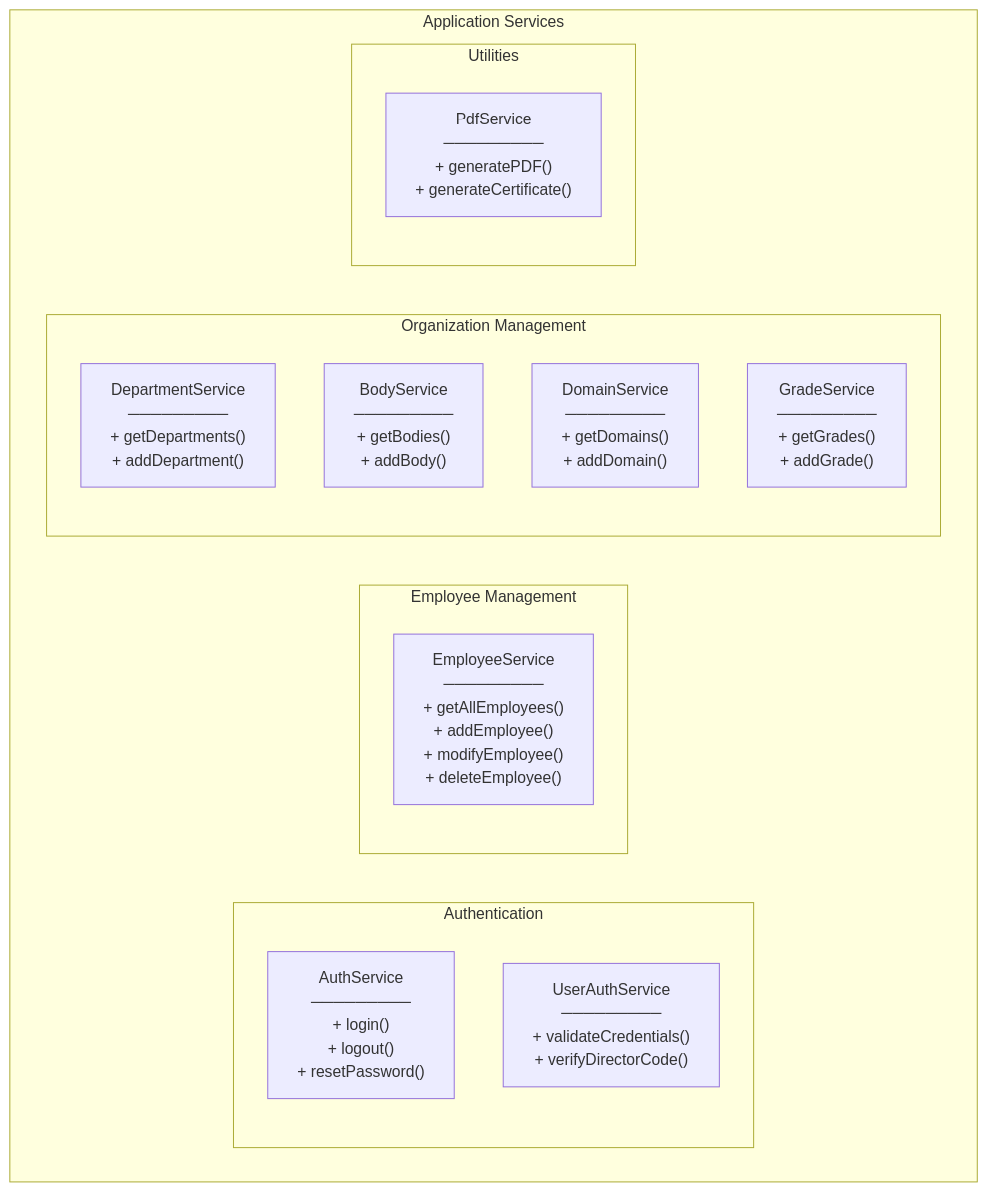
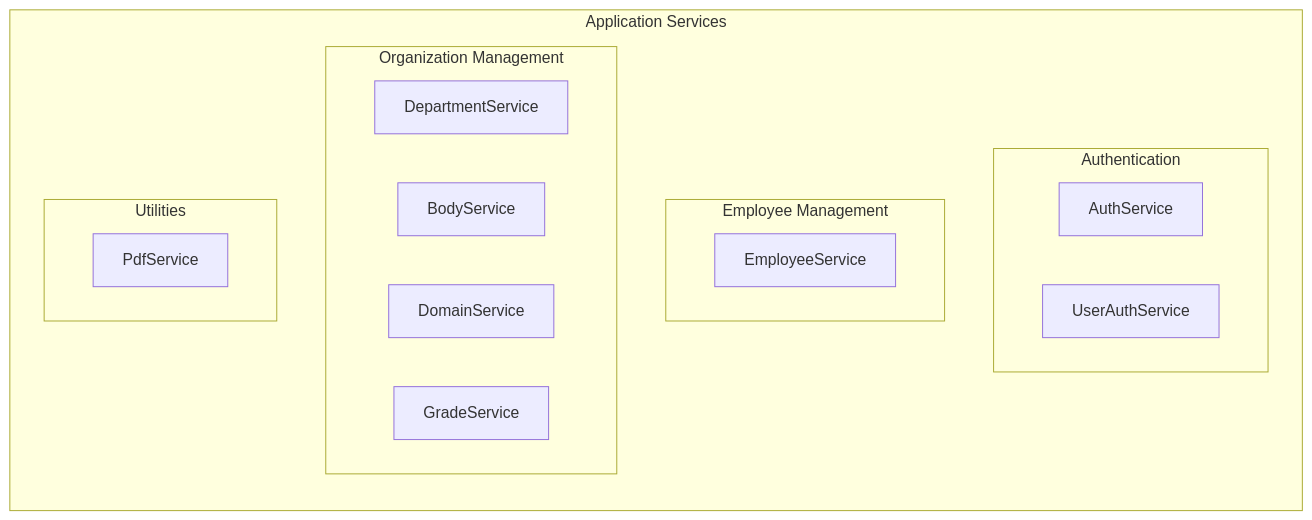
Before and after one commit to AmirtterK/human-resources-management: the fourth of 4 diagrams in diagrams/package.md, drawn with Mermaid. The commit also changed other lines of this file, not shown here.

````diff
--- a/diagrams/package.md
+++ b/diagrams/package.md
@@ -142,24 +119,24 @@
 ```mermaid
-graph TB
+graph LR
     subgraph AppServicesPkg["Application Services"]
         subgraph AuthPkg["Authentication"]
-            AuthSvc["AuthService<br/>─────────<br/>+ login()<br/>+ logout()<br/>+ resetPassword()"]
-            UserAuthSvc["UserAuthService<br/>─────────<br/>+ validateCredentials()<br/>+ verifyDirectorCode()"]
+            AuthSvc["AuthService"]
+            UserAuthSvc["UserAuthService"]
         end
         
         subgraph EmpMgmtPkg["Employee Management"]
-            EmpSvc["EmployeeService<br/>─────────<br/>+ getAllEmployees()<br/>+ addEmployee()<br/>+ modifyEmployee()<br/>+ deleteEmployee()"]
+            EmpSvc["EmployeeService"]
         end
         
         subgraph OrgMgmtPkg["Organization Management"]
-            DeptSvc["DepartmentService<br/>─────────<br/>+ getDepartments()<br/>+ addDepartment()"]
-            BodySvc["BodyService<br/>─────────<br/>+ getBodies()<br/>+ addBody()"]
-            DomSvc["DomainService<br/>─────────<br/>+ getDomains()<br/>+ addDomain()"]
-            GrdSvc["GradeService<br/>─────────<br/>+ getGrades()<br/>+ addGrade()"]
+            DeptSvc["DepartmentService"]
+            BodySvc["BodyService"]
+            DomSvc["DomainService"]
+            GrdSvc["GradeService"]
         end
         
         subgraph UtilPkg["Utilities"]
-            PdfSvc["PdfService<br/>─────────<br/>+ generatePDF()<br/>+ generateCertificate()"]
+            PdfSvc["PdfService"]
         end
     end
 ```
````
